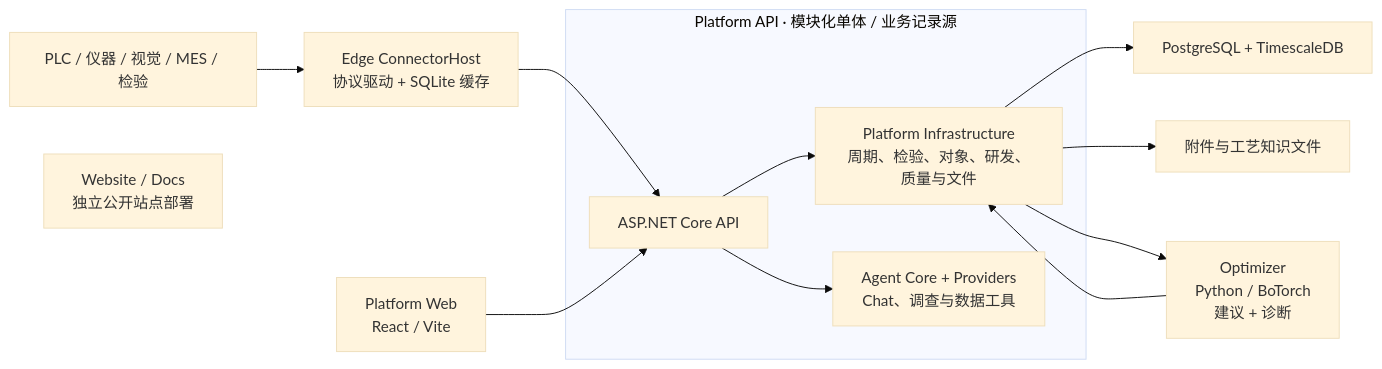
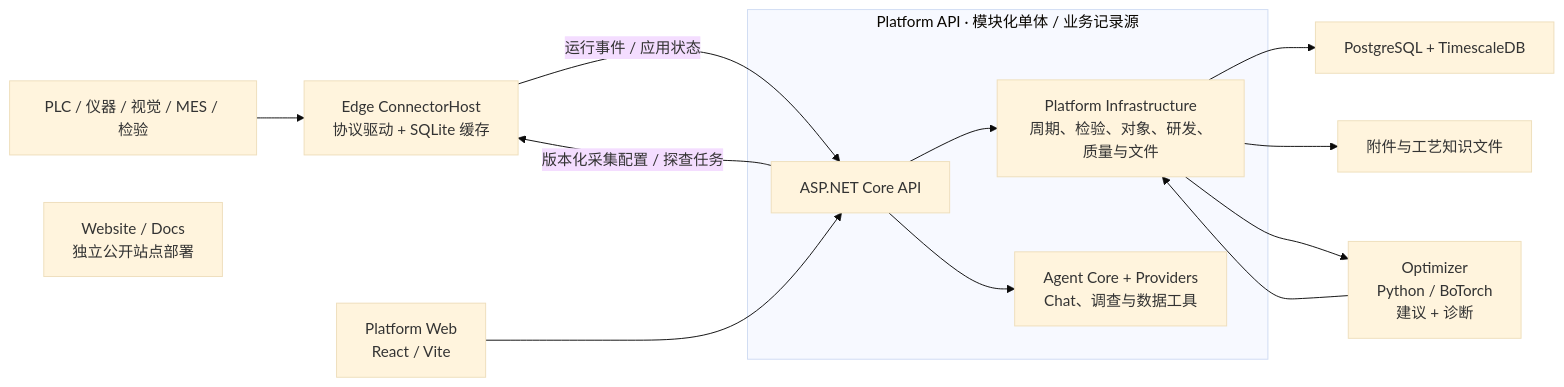
Before and after one commit to liuweichaox/Ingot: the diagram in docs/design.md, drawn with Mermaid (base theme). The commit also changed other lines of this file and 80 other files, not shown here.

````diff
--- a/docs/design.md
+++ b/docs/design.md
@@ -31,21 +33,22 @@
 ```mermaid
 flowchart LR
     Sources["PLC / 仪器 / 视觉 / MES / 检验"] --> Connector["Edge ConnectorHost\n协议驱动 + SQLite 缓存"]
 
     subgraph Platform["Platform API · 模块化单体 / 业务记录源"]
         API["ASP.NET Core API"]
         Business["Platform Infrastructure\n周期、检验、对象、研发、质量与文件"]
         Agent["Agent Core + Providers\nChat、调查与数据工具"]
         API --> Business
         API --> Agent
     end
 
-    Connector --> API
+    API -->|"版本化采集配置 / 探查任务"| Connector
+    Connector -->|"运行事件 / 应用状态"| API
     Web["Platform Web\nReact / Vite"] --> API
     Business --> DB["PostgreSQL + TimescaleDB"]
     Business --> Files["附件与工艺知识文件"]
     Business --> Optimizer["Optimizer\nPython / BoTorch\n建议 + 诊断"]
     Optimizer --> Business
 
     Public["Website / Docs\n独立公开站点部署"]
 ```
````
